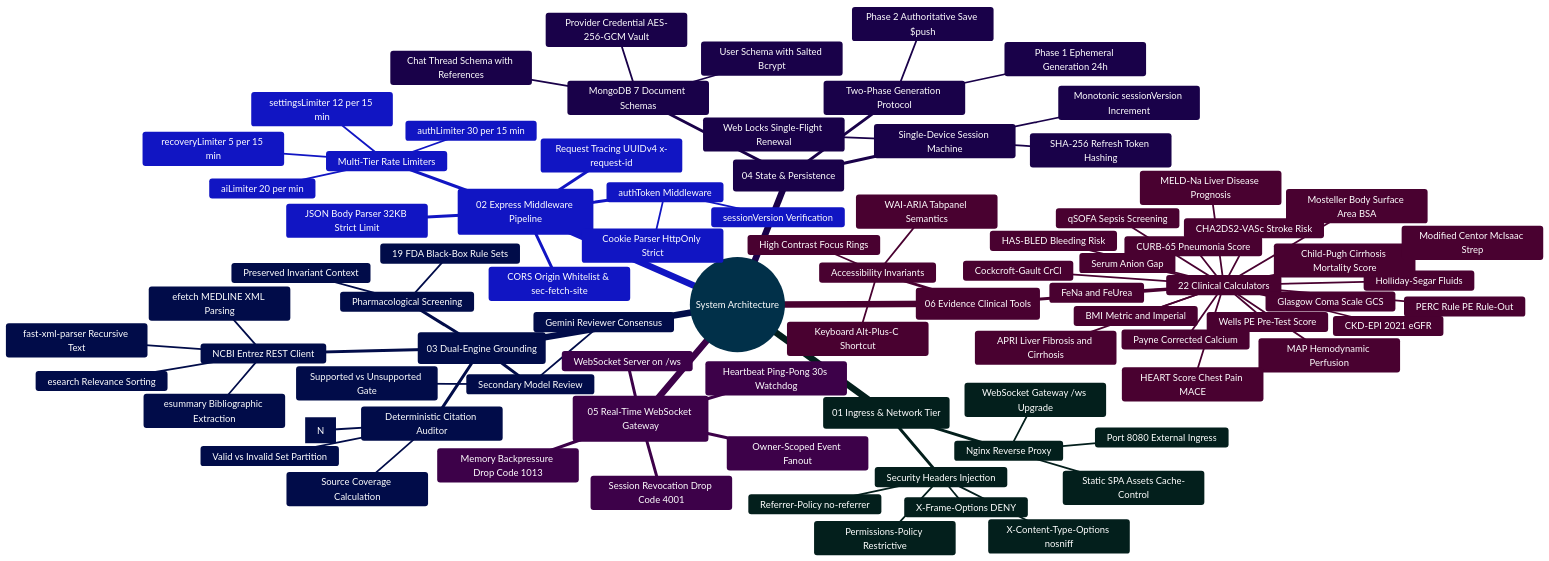
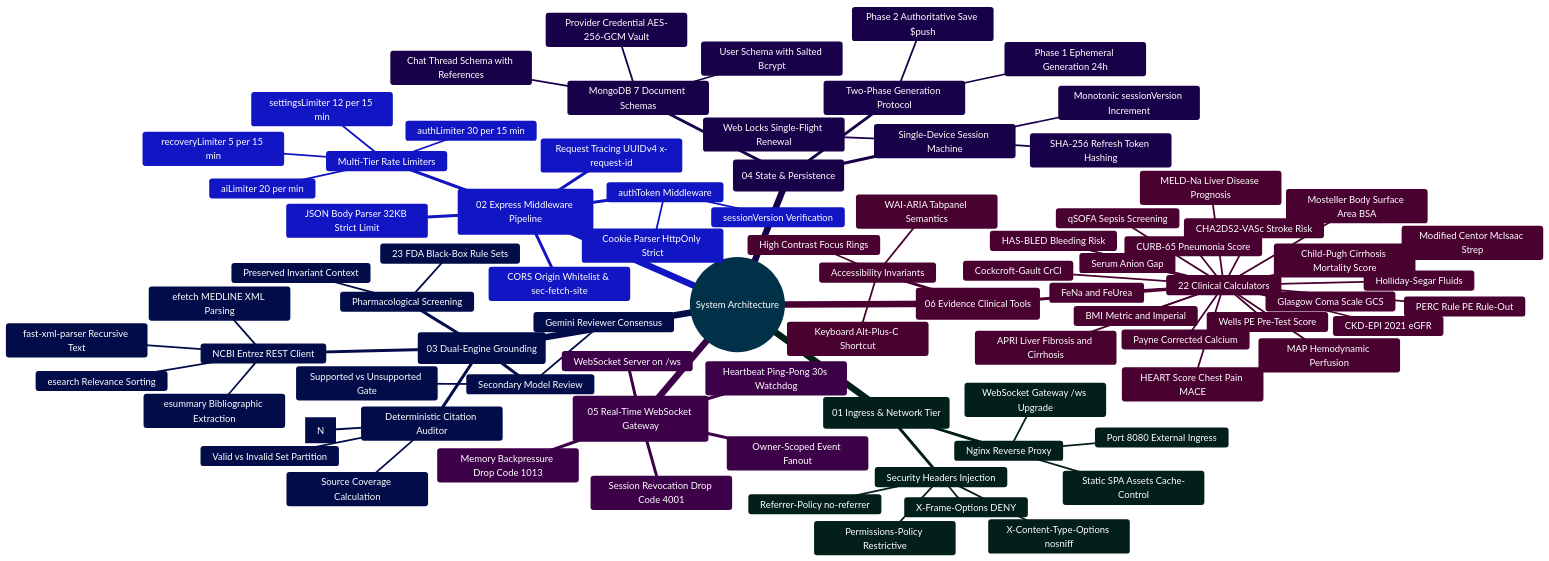
Before and after one commit to Ganesh172919/React-App-LLM: the first of 3 diagrams in docs/SYSTEM_ARCHITECTURE_DEEP_DIVE.md, drawn with Mermaid. The commit also changed other lines of this file and 39 other files, not shown here.

```diff
--- a/docs/SYSTEM_ARCHITECTURE_DEEP_DIVE.md
+++ b/docs/SYSTEM_ARCHITECTURE_DEEP_DIVE.md
@@ -108,7 +108,7 @@
         Gemini Reviewer Consensus
         Supported vs Unsupported Gate
       Pharmacological Screening
-        19 FDA Black-Box Rule Sets
+        23 FDA Black-Box Rule Sets
         Preserved Invariant Context
     (04 State & Persistence)
       Two-Phase Generation Protocol
```
